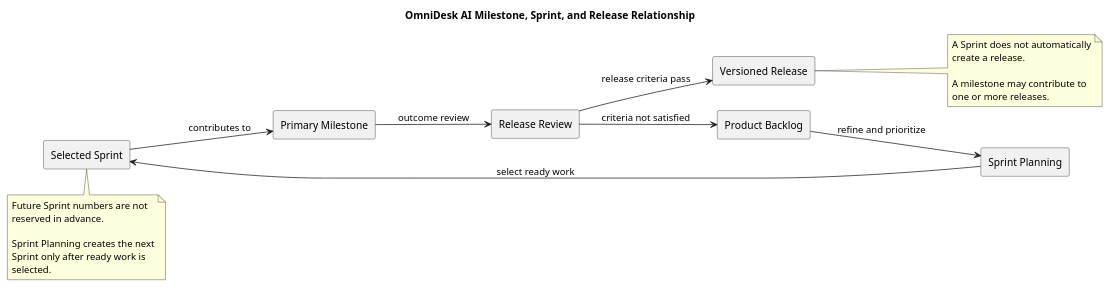
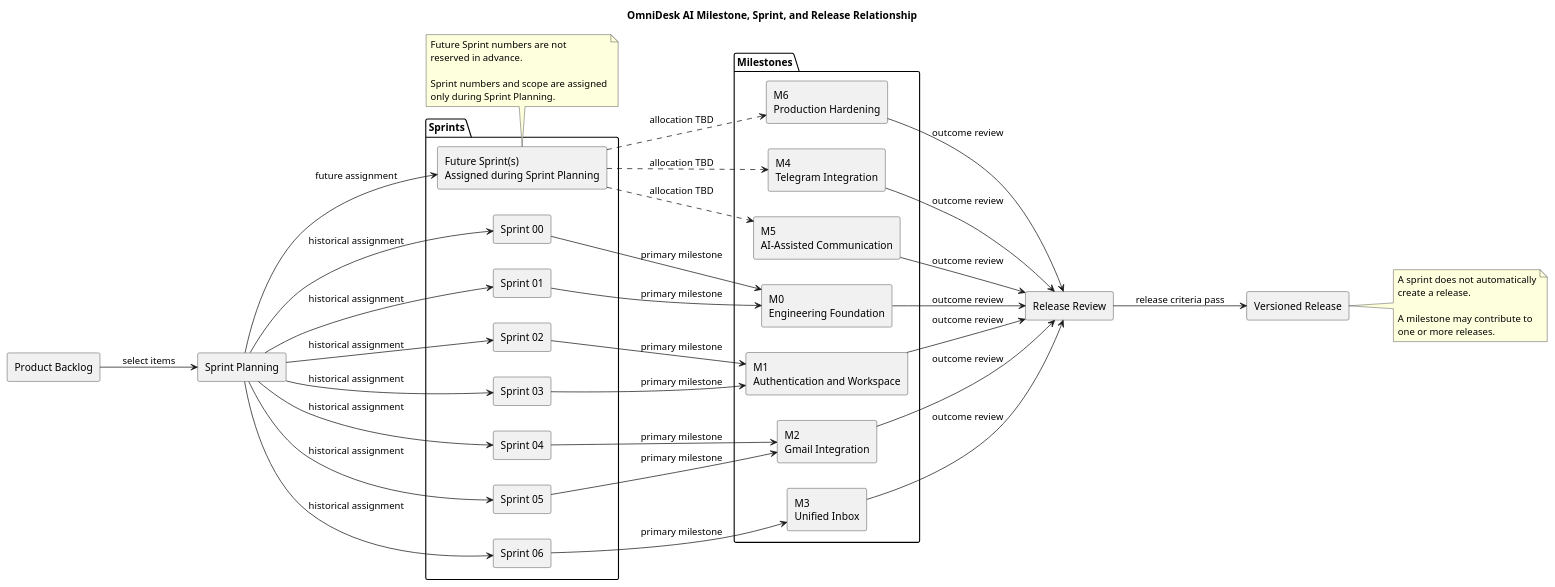
The diagram in docs/Project-Management/diagrams/milestone-sprint-release-relationship.puml (Farhad-Valizadegan/Web-OmniDesk), drawn with PlantUML before and after one commit.

Commit message:
docs: restore original PlantUML diagram style

```diff
--- a/docs/Project-Management/diagrams/milestone-sprint-release-relationship.puml
+++ b/docs/Project-Management/diagrams/milestone-sprint-release-relationship.puml
@@ -1,38 +1,83 @@
 @startuml
 title OmniDesk AI Milestone, Sprint, and Release Relationship
 
 left to right direction
 skinparam componentStyle rectangle
 
 rectangle "Product Backlog" as Backlog
 rectangle "Sprint Planning" as Planning
-rectangle "Selected Sprint" as Sprint
-rectangle "Primary Milestone" as Milestone
+
+package "Milestones" {
+  rectangle "M0\nEngineering Foundation" as M0
+  rectangle "M1\nAuthentication and Workspace" as M1
+  rectangle "M2\nGmail Integration" as M2
+  rectangle "M3\nUnified Inbox" as M3
+  rectangle "M4\nTelegram Integration" as M4
+  rectangle "M5\nAI-Assisted Communication" as M5
+  rectangle "M6\nProduction Hardening" as M6
+}
+
+package "Sprints" {
+  rectangle "Sprint 00" as S00
+  rectangle "Sprint 01" as S01
+  rectangle "Sprint 02" as S02
+  rectangle "Sprint 03" as S03
+  rectangle "Sprint 04" as S04
+  rectangle "Sprint 05" as S05
+  rectangle "Sprint 06" as S06
+  rectangle "Future Sprint(s)\nAssigned during Sprint Planning" as SF
+}
+
 rectangle "Release Review" as Review
 rectangle "Versioned Release" as Release
 
-Backlog --> Planning : refine and prioritize
-Planning --> Sprint : select ready work
-Sprint --> Milestone : contributes to
-Milestone --> Review : outcome review
+Backlog --> Planning : select items
+
+Planning --> S00 : historical assignment
+Planning --> S01 : historical assignment
+Planning --> S02 : historical assignment
+Planning --> S03 : historical assignment
+Planning --> S04 : historical assignment
+Planning --> S05 : historical assignment
+Planning --> S06 : historical assignment
+Planning --> SF : future assignment
+
+S00 --> M0 : primary milestone
+S01 --> M0 : primary milestone
+S02 --> M1 : primary milestone
+S03 --> M1 : primary milestone
+S04 --> M2 : primary milestone
+S05 --> M2 : primary milestone
+S06 --> M3 : primary milestone
+
+SF ..> M4 : allocation TBD
+SF ..> M5 : allocation TBD
+SF ..> M6 : allocation TBD
+
+M0 --> Review : outcome review
+M1 --> Review : outcome review
+M2 --> Review : outcome review
+M3 --> Review : outcome review
+M4 --> Review : outcome review
+M5 --> Review : outcome review
+M6 --> Review : outcome review
+
 Review --> Release : release criteria pass
-Review --> Backlog : criteria not satisfied
 
-note bottom of Sprint
+note bottom of SF
 Future Sprint numbers are not
 reserved in advance.
 
-Sprint Planning creates the next
-Sprint only after ready work is
-selected.
+Sprint numbers and scope are assigned
+only during Sprint Planning.
 end note
 
 note right of Release
-A Sprint does not automatically
+A sprint does not automatically
 create a release.
 
 A milestone may contribute to
 one or more releases.
 end note
 
 @enduml
```
